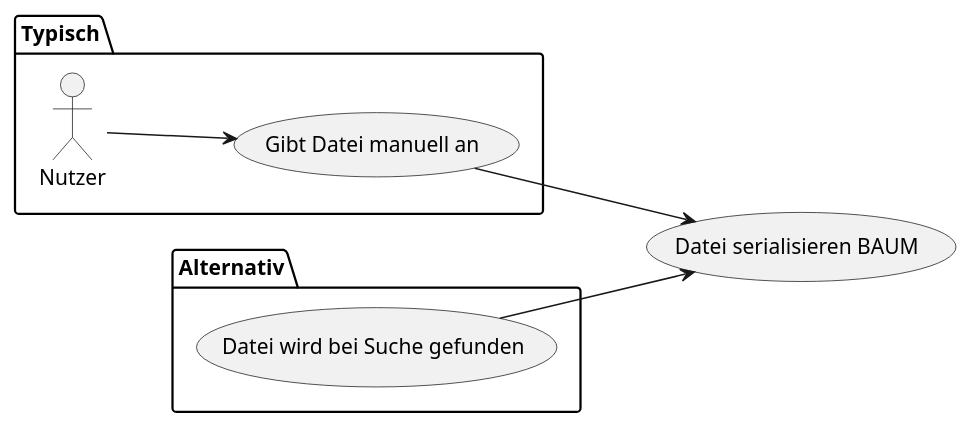
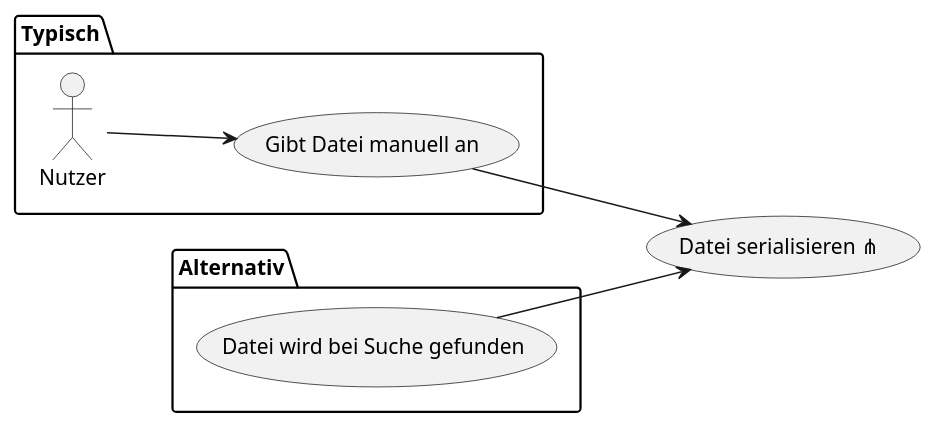
Before and after one commit to SoftwareEngineeringOne/wiki: the ninth of 20 diagrams in wiki/topics/Inkremente/00/Anforderungsanalyse.md, drawn with PlantUML. The commit also changed other lines of this file, not shown here.

````diff
--- a/wiki/topics/Inkremente/00/Anforderungsanalyse.md
+++ b/wiki/topics/Inkremente/00/Anforderungsanalyse.md
@@ -349,15 +349,15 @@
 ```plantuml
 @startuml
 left to right direction
 
-"Datei serialisieren BAUM" as (Use)
+"Datei serialisieren ⋔" as (Use)
 package Typisch {
     :Nutzer: --> (Gibt Datei manuell an)
     (Gibt Datei manuell an) --> (Use)
 }
 package Alternativ {
     (Datei wird bei Suche gefunden) --> (Use)
 }
 
 @enduml
 ```
````
